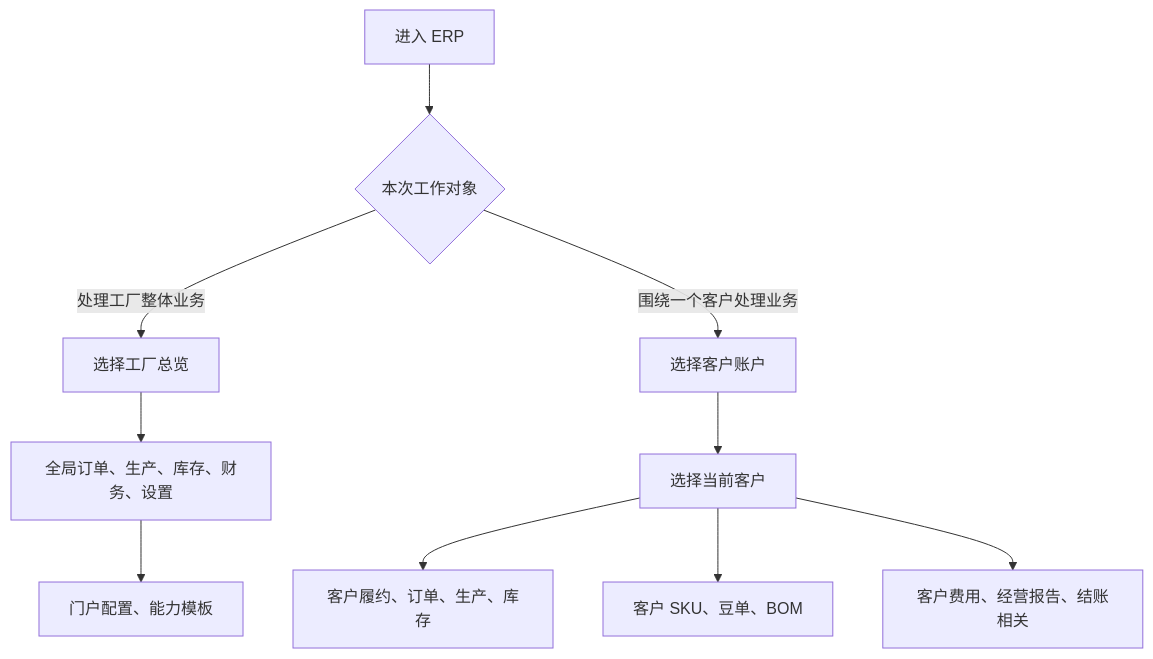
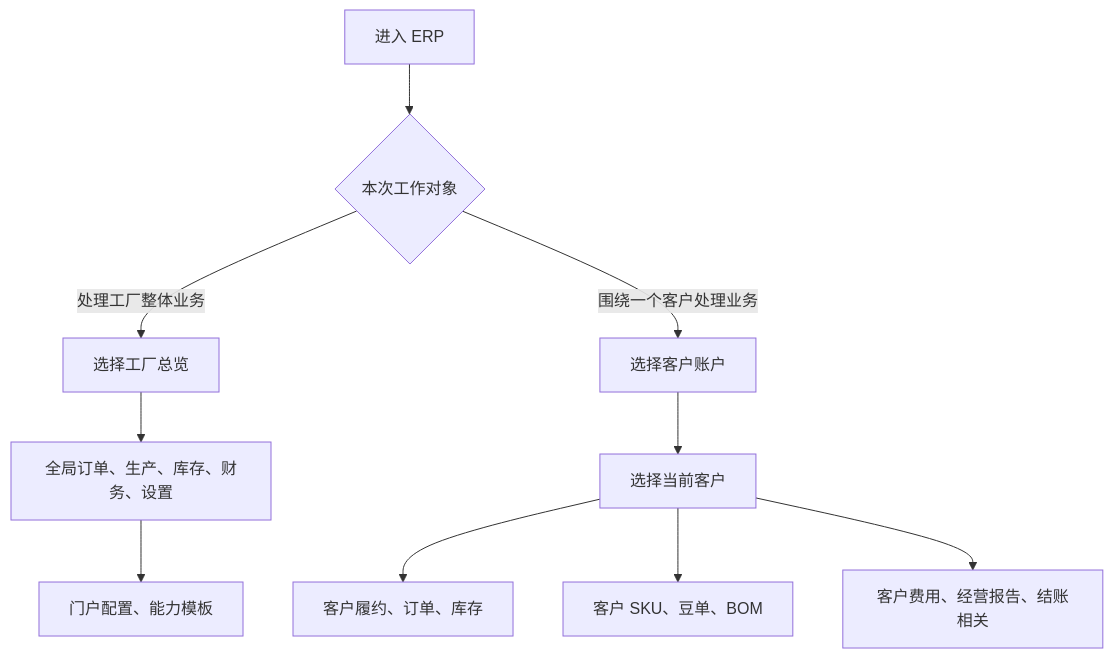
The diagram in OP_MANUAL_WORKSPACE_MODE.md (Backstage2539/KFerp), drawn with Mermaid before and after one commit. The commit also changed other lines of this file and 14 other files, not shown here.

````diff
--- a/OP_MANUAL_WORKSPACE_MODE.md
+++ b/OP_MANUAL_WORKSPACE_MODE.md
@@ -14,12 +14,12 @@
 ```mermaid
 flowchart TD
   A["进入 ERP"] --> B{"本次工作对象"}
   B -->|处理工厂整体业务| C["选择工厂总览"]
   B -->|围绕一个客户处理业务| D["选择客户账户"]
   D --> E["选择当前客户"]
-  E --> F["客户履约、订单、生产、库存"]
+  E --> F["客户履约、订单、库存"]
   E --> G["客户 SKU、豆单、BOM"]
   E --> H["客户费用、经营报告、结账相关"]
   C --> I["全局订单、生产、库存、财务、设置"]
   I --> J["门户配置、能力模板"]
 ```
````
